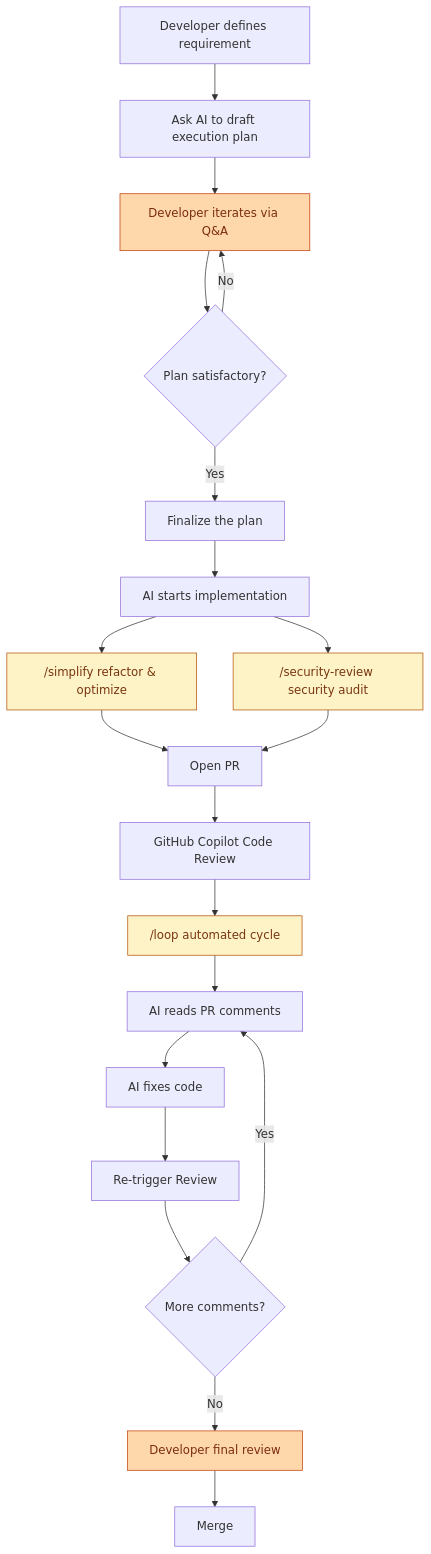
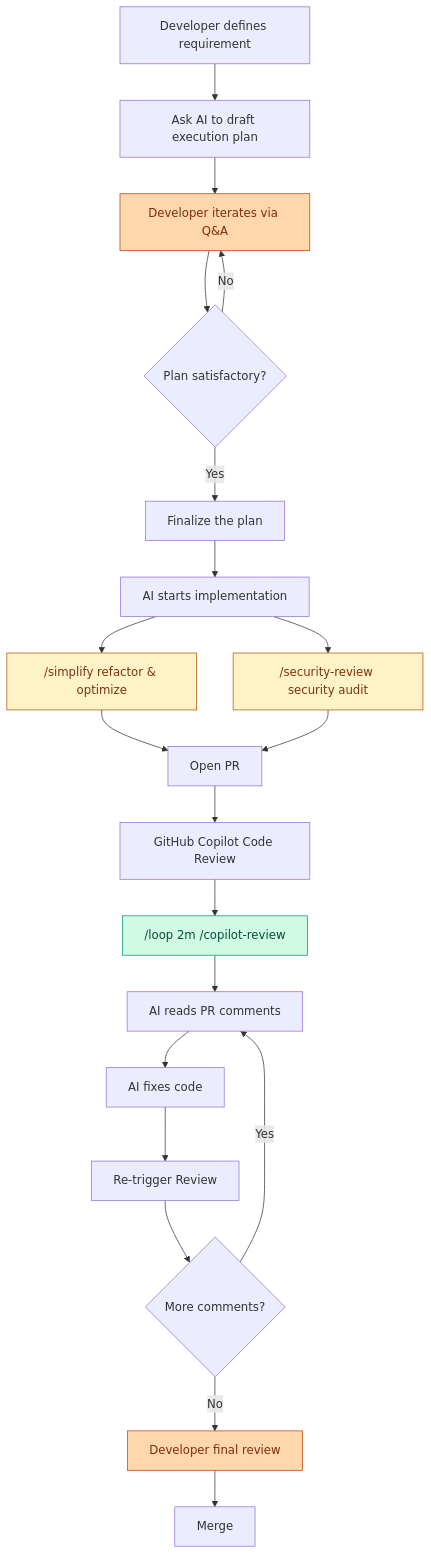
The diagram in content/posts/2026-03-21-ai-driven-development-with-claude-code-and-github-copilot-review-en.md (appleboy/blog), drawn with Mermaid before and after one commit. The commit also changed other lines of this file and 1 other file, not shown here.

First line of the commit message:
docs(posts): add copilot-review skill and PR #125 case study

````diff
--- a/content/posts/2026-03-21-ai-driven-development-with-claude-code-and-github-copilot-review-en.md
+++ b/content/posts/2026-03-21-ai-driven-development-with-claude-code-and-github-copilot-review-en.md
@@ -44,28 +46,28 @@
 ```mermaid
 flowchart TD
     A[Developer defines requirement] --> B[Ask AI to draft execution plan]
     B --> C[Developer iterates via Q&A]
     C --> D{Plan satisfactory?}
     D -- No --> C
     D -- Yes --> E[Finalize the plan]
     E --> F[AI starts implementation]
     F --> G["/simplify refactor & optimize"]
     F --> H["/security-review security audit"]
     G --> I[Open PR]
     H --> I
     I --> J[GitHub Copilot Code Review]
-    J --> K["/loop automated cycle"]
+    J --> K["/loop 2m /copilot-review"]
     K --> L[AI reads PR comments]
     L --> M[AI fixes code]
     M --> N[Re-trigger Review]
     N --> O{More comments?}
     O -- Yes --> L
     O -- No --> P[Developer final review]
     P --> Q[Merge]
 
     style C fill:#fed7aa,stroke:#c2410c,color:#7c2d12
     style P fill:#fed7aa,stroke:#c2410c,color:#7c2d12
     style G fill:#fef3c7,stroke:#b45309,color:#78350f
     style H fill:#fef3c7,stroke:#b45309,color:#78350f
-    style K fill:#fef3c7,stroke:#b45309,color:#78350f
+    style K fill:#d1fae5,stroke:#059669,color:#064e3b
 ```
````
